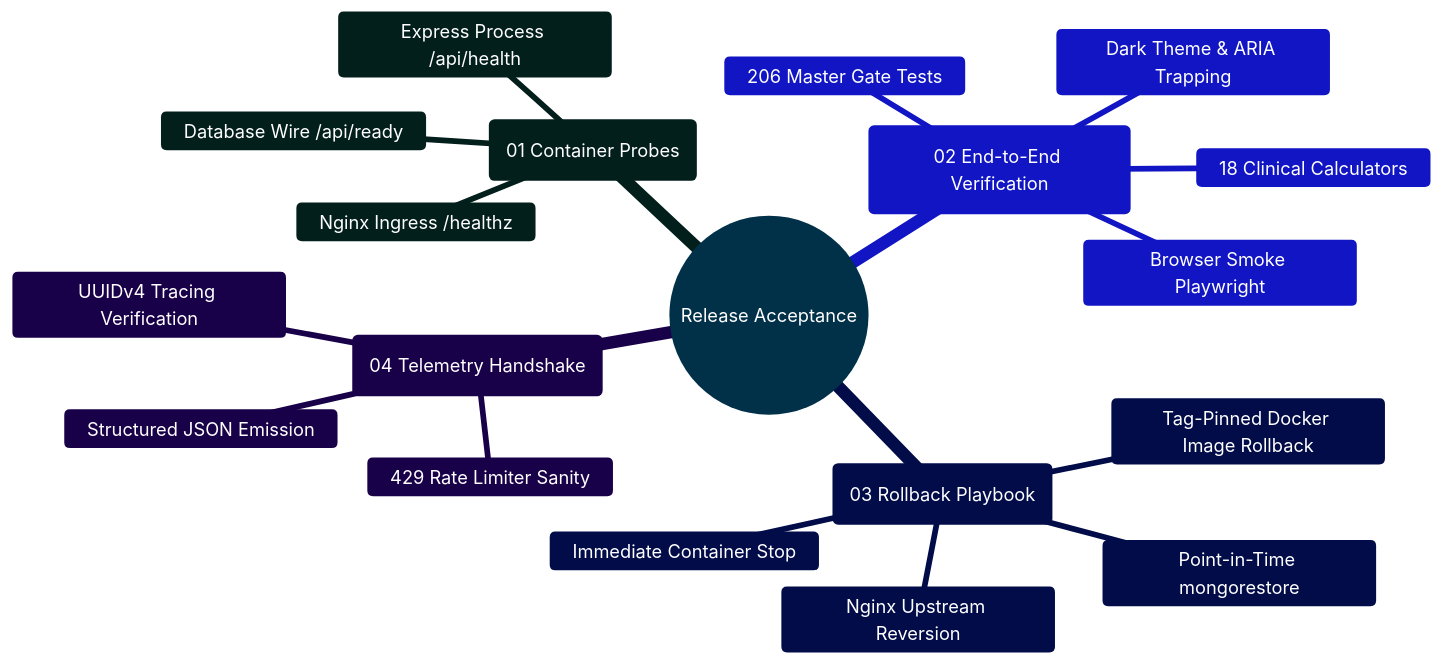
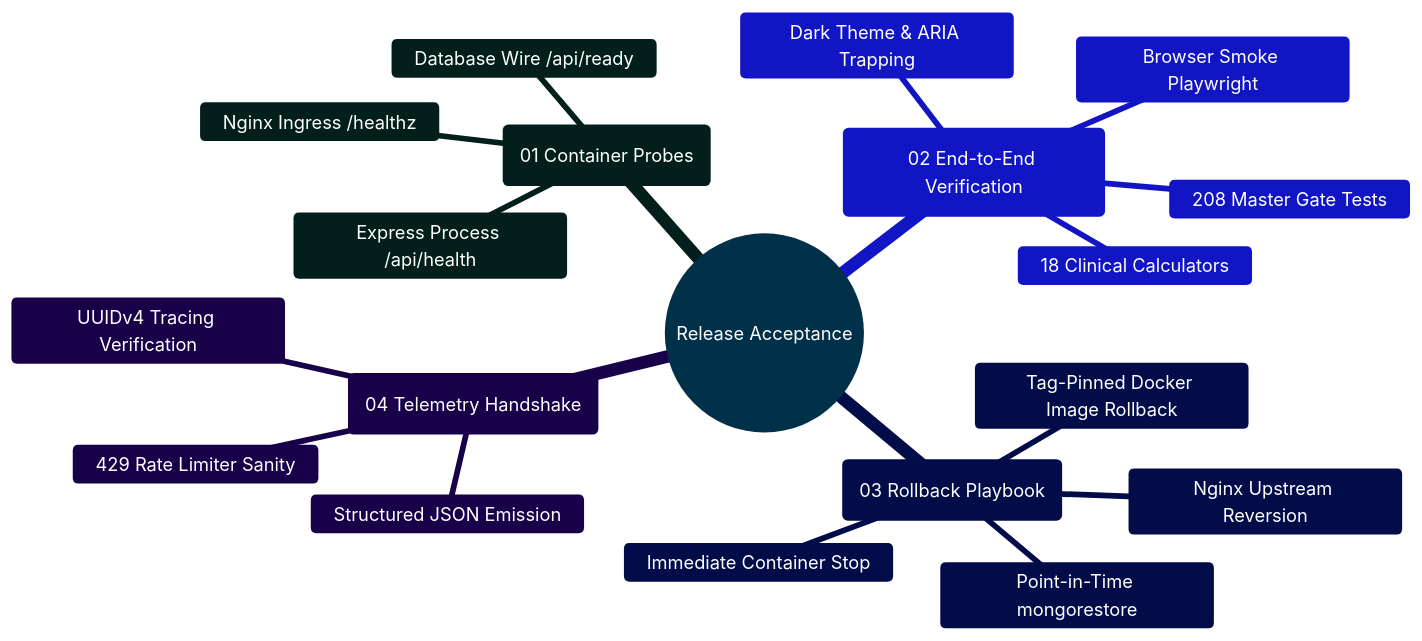
The third of 4 diagrams in docs/DEPLOYMENT_RUNBOOK.md (Ganesh172919/React-App-LLM), drawn with Mermaid before and after one commit. The commit also changed 70 other files, not shown here.

````diff
--- a/docs/DEPLOYMENT_RUNBOOK.md
+++ b/docs/DEPLOYMENT_RUNBOOK.md
@@ -720,24 +720,24 @@
 ```mermaid
 %%{init: {'theme': 'base', 'themeVariables': { 'primaryColor': '#0284c7', 'primaryTextColor': '#ffffff', 'primaryBorderColor': '#0369a1', 'lineColor': '#0284c7', 'secondaryColor': '#0d9488', 'tertiaryColor': '#6366f1' }}}%%
 mindmap
   root((Release Acceptance))
     ::icon(fa fa-check-circle)
     (01 Container Probes)
       Nginx Ingress /healthz
       Express Process /api/health
       Database Wire /api/ready
     (02 End-to-End Verification)
-      206 Master Gate Tests
+      208 Master Gate Tests
       Browser Smoke Playwright
       Dark Theme & ARIA Trapping
       18 Clinical Calculators
     (03 Rollback Playbook)
       Immediate Container Stop
       Tag-Pinned Docker Image Rollback
       Point-in-Time mongorestore
       Nginx Upstream Reversion
     (04 Telemetry Handshake)
       UUIDv4 Tracing Verification
       Structured JSON Emission
       429 Rate Limiter Sanity
 ```
````
